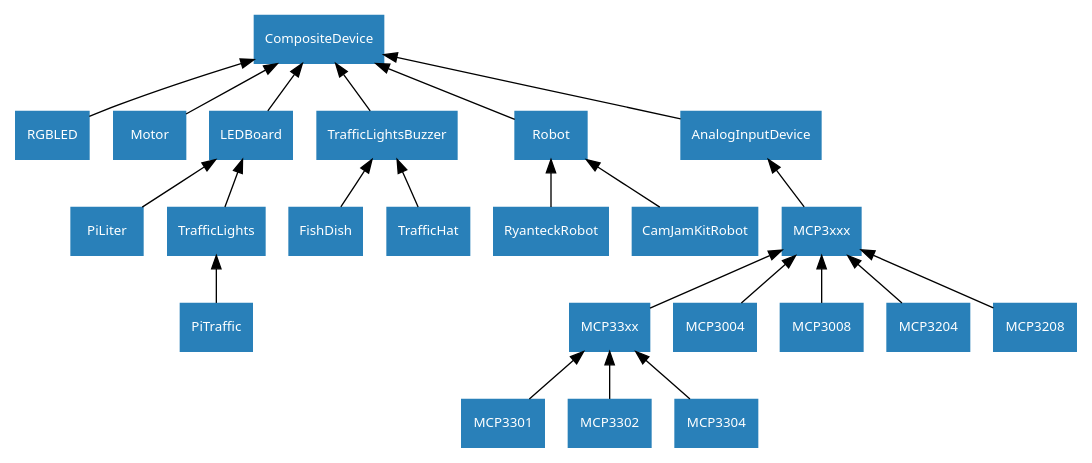
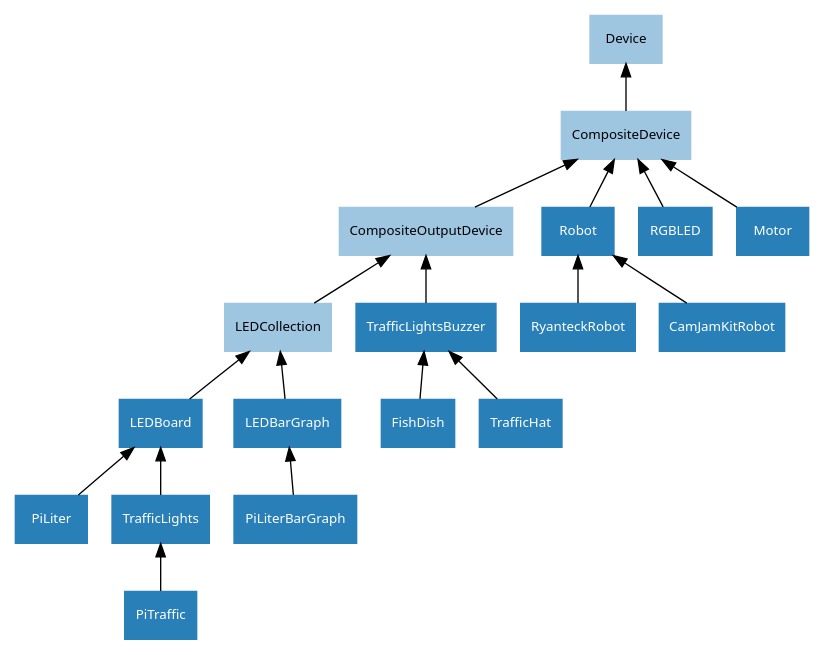
One commit to gpiozero/gpiozero changed the diagram in docs/images/composite_device_hierarchy.dot. Above: the diagram before and after it, drawn with Graphviz. The commit also changed 47 other files, not shown here.

```diff
--- a/docs/images/composite_device_hierarchy.dot
+++ b/docs/images/composite_device_hierarchy.dot
@@ -1,33 +1,37 @@
 /* vim: set et sw=4 sts=4: */
 
 digraph classes {
     graph [rankdir=BT];
-    node [shape=rect, style=filled, color="#2980b9", fontname=Sans, fontcolor="#ffffff", fontsize=10];
+    node [shape=rect, style=filled, fontname=Sans, fontsize=10];
     edge [];
 
-    AnalogInputDevice->CompositeDevice;
-    MCP3xxx->AnalogInputDevice;
-    MCP33xx->MCP3xxx;
-    MCP3004->MCP3xxx;
-    MCP3008->MCP3xxx;
-    MCP3204->MCP3xxx;
-    MCP3208->MCP3xxx;
-    MCP3301->MCP33xx;
-    MCP3302->MCP33xx;
-    MCP3304->MCP33xx;
+    /* Abstract classes */
+    node [color="#9ec6e0", fontcolor="#000000"]
+    Device;
+    CompositeDevice;
+    CompositeOutputDevice;
+    LEDCollection;
+
+    /* Concrete classes */
+    node [color="#2980b9", fontcolor="#ffffff"];
+    CompositeDevice->Device;
+    CompositeOutputDevice->CompositeDevice;
+    LEDCollection->CompositeOutputDevice;
+
+    LEDBoard->LEDCollection;
+    LEDBarGraph->LEDCollection;
+
+    PiLiter->LEDBoard;
+    PiLiterBarGraph->LEDBarGraph;
+    TrafficLights->LEDBoard;
+    PiTraffic->TrafficLights;
+    TrafficLightsBuzzer->CompositeOutputDevice;
+    FishDish->TrafficLightsBuzzer;
+    TrafficHat->TrafficLightsBuzzer;
+    Robot->CompositeDevice;
+    RyanteckRobot->Robot;
+    CamJamKitRobot->Robot;
 
     RGBLED->CompositeDevice;
     Motor->CompositeDevice;
-    LEDBoard->CompositeDevice;
-    PiLiter->LEDBoard;
-    TrafficLights->LEDBoard;
-    PiTraffic->TrafficLights;
-
-    TrafficLightsBuzzer->CompositeDevice;
-    FishDish->TrafficLightsBuzzer;
-    TrafficHat->TrafficLightsBuzzer;
-
-    Robot->CompositeDevice;
-    RyanteckRobot->Robot;
-    CamJamKitRobot->Robot;
 }
```
